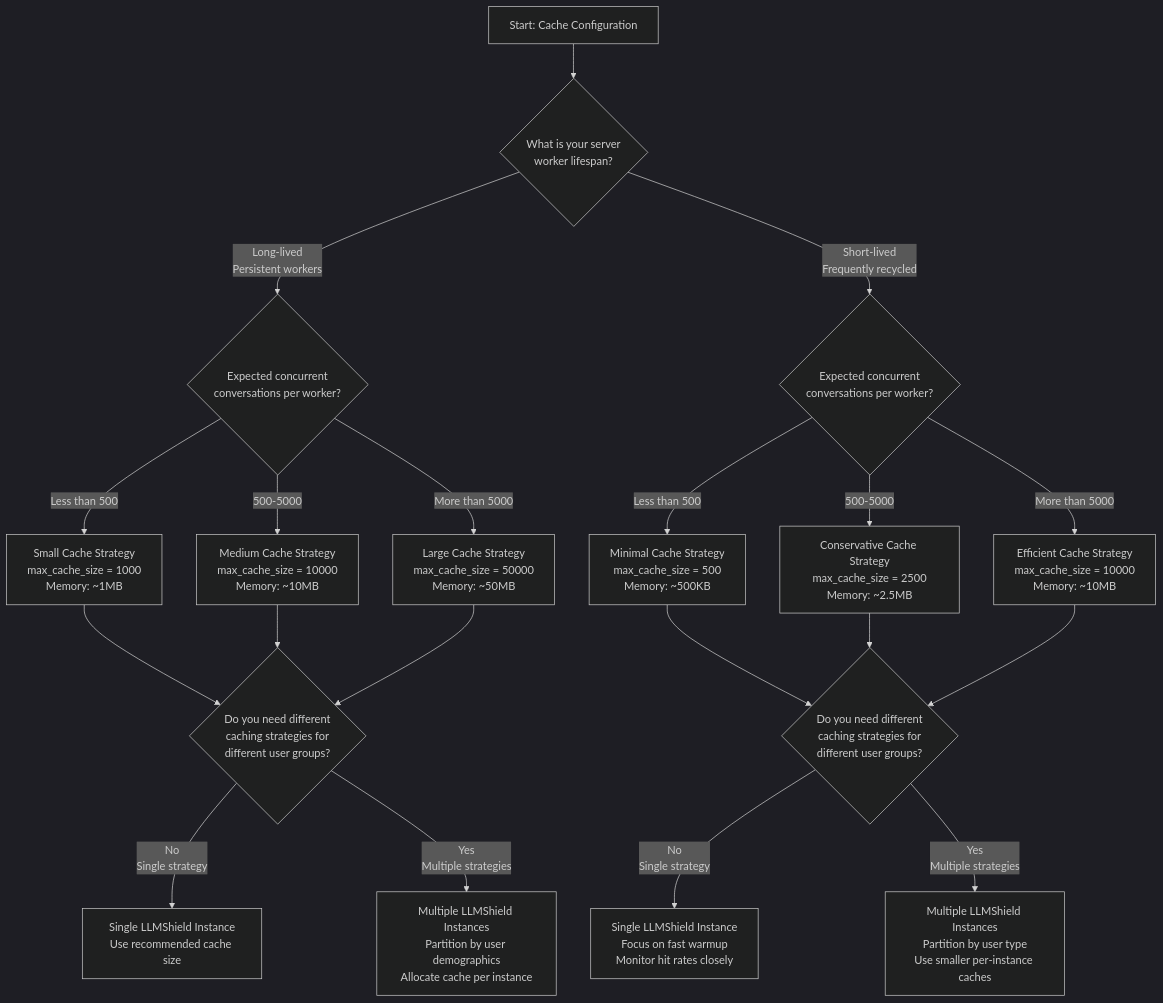
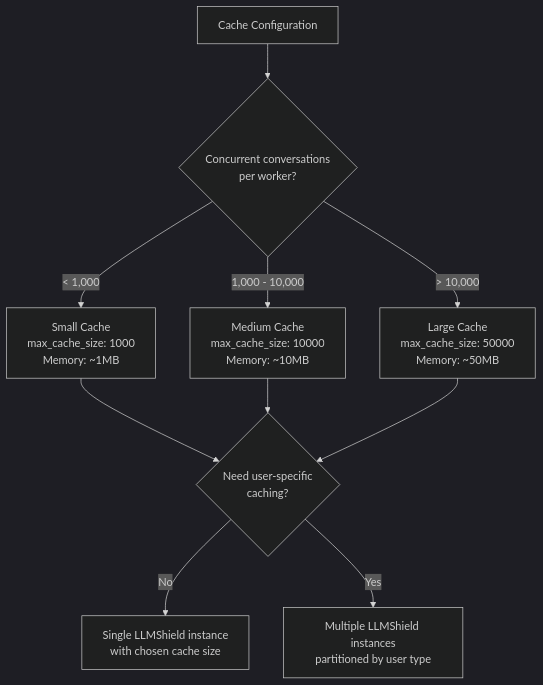
One commit to brainpolo/llmshield changed the fourth of 4 diagrams in README.md. Above: the diagram before and after it, drawn with Mermaid (dark theme). The commit also changed other lines of this file and 11 other files, not shown here.

````diff
--- a/README.md
+++ b/README.md
@@ -309,28 +516,15 @@
 ```mermaid
 flowchart TD
-    A[Start: Cache Configuration] --> B{What is your server<br/>worker lifespan?}
+    A[Cache Configuration] --> B{Concurrent conversations<br/>per worker?}
 
-    B -->|Long-lived<br/>Persistent workers| C{Expected concurrent<br/>conversations per worker?}
-    B -->|Short-lived<br/>Frequently recycled| D{Expected concurrent<br/>conversations per worker?}
+    B -->|< 1,000| C[Small Cache<br/>max_cache_size: 1000<br/>Memory: ~1MB]
+    B -->|1,000 - 10,000| D[Medium Cache<br/>max_cache_size: 10000<br/>Memory: ~10MB]
+    B -->|> 10,000| E[Large Cache<br/>max_cache_size: 50000<br/>Memory: ~50MB]
 
-    C -->|Less than 500| E[Small Cache Strategy<br/>max_cache_size = 1000<br/>Memory: ~1MB]
-    C -->|500-5000| F[Medium Cache Strategy<br/>max_cache_size = 10000<br/>Memory: ~10MB]
-    C -->|More than 5000| G[Large Cache Strategy<br/>max_cache_size = 50000<br/>Memory: ~50MB]
+    C --> F{Need user-specific<br/>caching?}
+    D --> F
+    E --> F
 
-    D -->|Less than 500| H[Minimal Cache Strategy<br/>max_cache_size = 500<br/>Memory: ~500KB]
-    D -->|500-5000| I[Conservative Cache Strategy<br/>max_cache_size = 2500<br/>Memory: ~2.5MB]
-    D -->|More than 5000| J[Efficient Cache Strategy<br/>max_cache_size = 10000<br/>Memory: ~10MB]
-
-    E --> K{Do you need different<br/>caching strategies for<br/>different user groups?}
-    F --> K
-    G --> K
-    H --> L{Do you need different<br/>caching strategies for<br/>different user groups?}
-    I --> L
-    J --> L
-
-    K -->|No<br/>Single strategy| M[Single LLMShield Instance<br/>Use recommended cache size]
-    K -->|Yes<br/>Multiple strategies| N[Multiple LLMShield Instances<br/>Partition by user demographics<br/>Allocate cache per instance]
-
-    L -->|No<br/>Single strategy| O[Single LLMShield Instance<br/>Focus on fast warmup<br/>Monitor hit rates closely]
-    L -->|Yes<br/>Multiple strategies| P[Multiple LLMShield Instances<br/>Partition by user type<br/>Use smaller per-instance caches]
+    F -->|No| G[Single LLMShield instance<br/>with chosen cache size]
+    F -->|Yes| H[Multiple LLMShield instances<br/>partitioned by user type]
 ```
````
